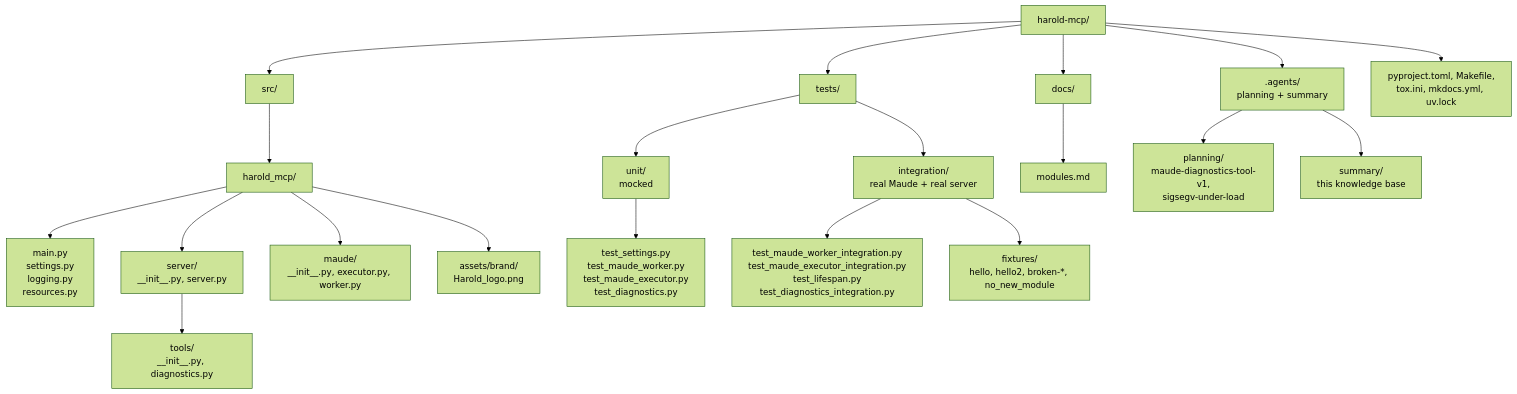
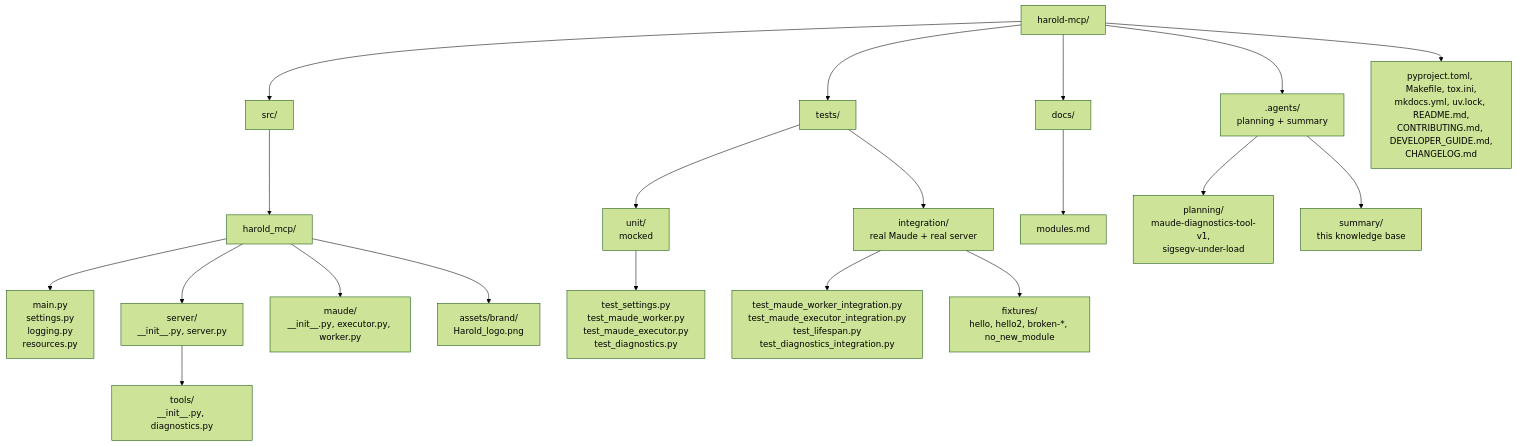
The second of 2 diagrams in harold-mcp/.agents/summary/architecture.md (demiourgoi/Harold), drawn with Mermaid (forest theme) before and after one commit. The commit also changed other lines of this file and 9 other files, not shown here.

````diff
--- a/harold-mcp/.agents/summary/architecture.md
+++ b/harold-mcp/.agents/summary/architecture.md
@@ -77,21 +83,21 @@
 ```mermaid
 graph TB
     root[harold-mcp/] --> src
     root --> tests
     root --> docs
     root --> agents[.agents/<br>planning + summary]
     src[src/] --> pkg[harold_mcp/]
     pkg --> flat[main.py<br>settings.py<br>logging.py<br>resources.py]
     pkg --> serverpkg[server/<br>__init__.py, server.py]
     serverpkg --> tools[tools/<br>__init__.py, diagnostics.py]
     pkg --> maudepkg[maude/<br>__init__.py, executor.py, worker.py]
     pkg --> assets[assets/brand/<br>Harold_logo.png]
     tests[tests/] --> unit[unit/<br>mocked] --> u[test_settings.py<br>test_maude_worker.py<br>test_maude_executor.py<br>test_diagnostics.py]
     tests --> integration[integration/<br>real Maude + real server]
     integration --> i[test_maude_worker_integration.py<br>test_maude_executor_integration.py<br>test_lifespan.py<br>test_diagnostics_integration.py]
     integration --> fixtures[fixtures/<br>hello, hello2, broken-*, no_new_module]
     docs[docs/] --> dmodules[modules.md]
     agents --> planning[planning/<br>maude-diagnostics-tool-v1,<br>sigsegv-under-load]
     agents --> summary[summary/<br>this knowledge base]
-    root --> cfg[pyproject.toml, Makefile,<br>tox.ini, mkdocs.yml, uv.lock]
+    root --> cfg[pyproject.toml, Makefile, tox.ini,<br>mkdocs.yml, uv.lock, README.md,<br>CONTRIBUTING.md, DEVELOPER_GUIDE.md,<br>CHANGELOG.md]
 ```
````
